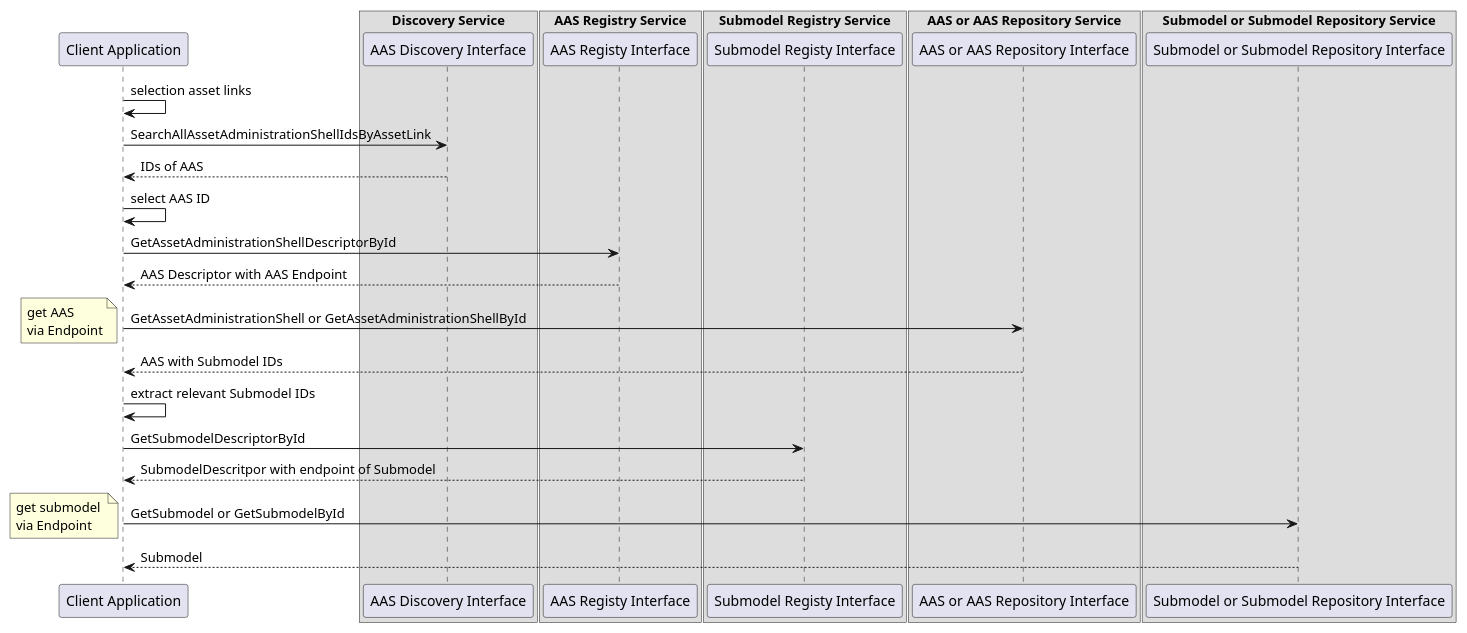
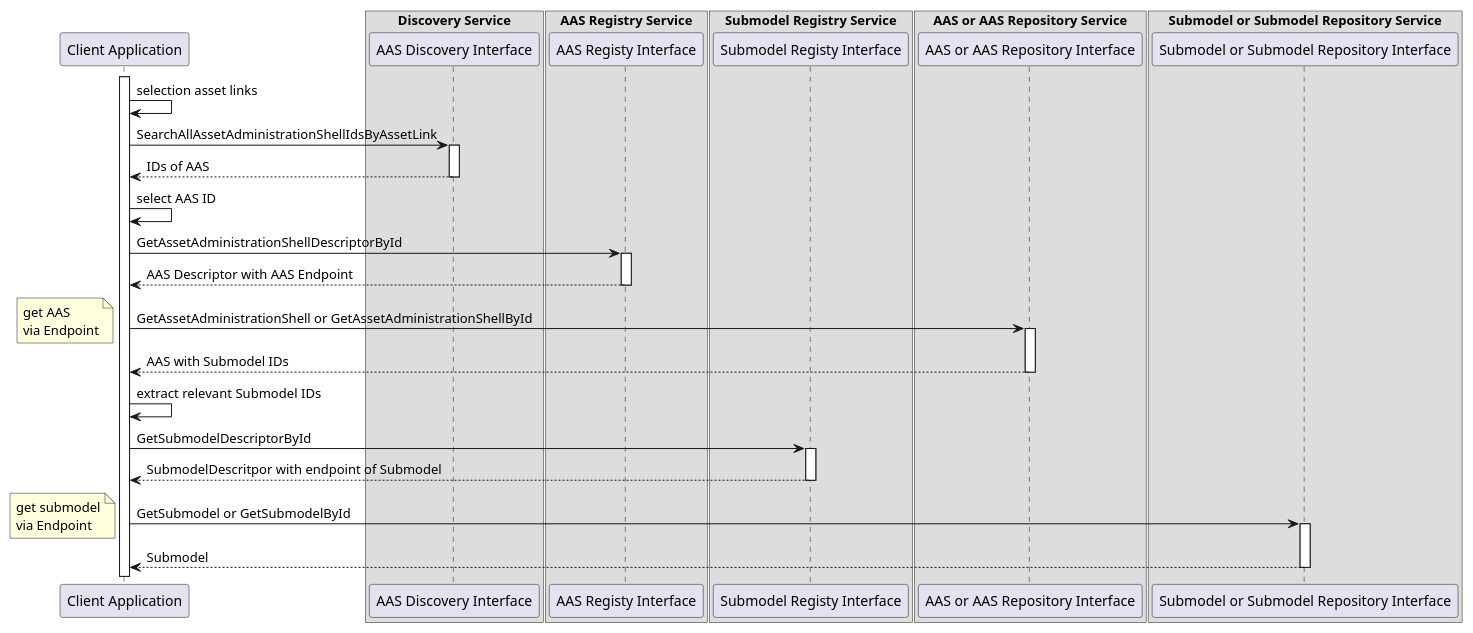
The diagram in documentation/IDTA-01002-3/modules/ROOT/partials/diagrams/seq-aas-endpoints.puml (admin-shell-io/aas-specs-api), drawn with PlantUML before and after one commit. The commit also changed 19 other files, not shown here.

```diff
--- a/documentation/IDTA-01002-3/modules/ROOT/partials/diagrams/seq-aas-endpoints.puml
+++ b/documentation/IDTA-01002-3/modules/ROOT/partials/diagrams/seq-aas-endpoints.puml
@@ -1,59 +1,67 @@
 @startuml
 
 participant Client as "Client Application"
-
 
 box "Discovery Service"
   participant AASDiscovery as "AAS Discovery Interface"
 end box
 
 box "AAS Registry Service"
    participant AASRegistry as "AAS Registy Interface"
 end box
 
 box "Submodel Registry Service"
    participant SMRegistry as "Submodel Registy Interface"
 end box
 
 box "AAS or AAS Repository Service"
   participant iAAS as "AAS or AAS Repository Interface"
 end box
 
 box "Submodel or Submodel Repository Service"
   participant iSM as "Submodel or Submodel Repository Interface"
 end box
 
-
-
+activate Client
 Client -> Client : selection asset links
 
 Client -> AASDiscovery: SearchAllAssetAdministrationShellIdsByAssetLink
+activate AASDiscovery
 Client <-- AASDiscovery : IDs of AAS
+deactivate AASDiscovery
 Client -> Client : select AAS ID
 
 
 Client -> AASRegistry : GetAssetAdministrationShellDescriptorById
+activate AASRegistry
 Client <-- AASRegistry : AAS Descriptor with AAS Endpoint
+deactivate AASRegistry
 
 Client -> iAAS : GetAssetAdministrationShell or GetAssetAdministrationShellById
+activate iAAS
 note left
-get AAS 
+get AAS
 via Endpoint
 end note
 Client <-- iAAS : AAS with Submodel IDs
+deactivate iAAS
 Client -> Client : extract relevant Submodel IDs
 
 Client -> SMRegistry : GetSubmodelDescriptorById
+activate SMRegistry
 Client <-- SMRegistry: SubmodelDescritpor with endpoint of Submodel
+deactivate SMRegistry
 
 
 Client -> iSM : GetSubmodel or GetSubmodelById
+activate iSM
 note left
-get submodel 
+get submodel
 via Endpoint
 end note
 Client <-- iSM : Submodel
+deactivate iSM
 
 
 
 @enduml
```
